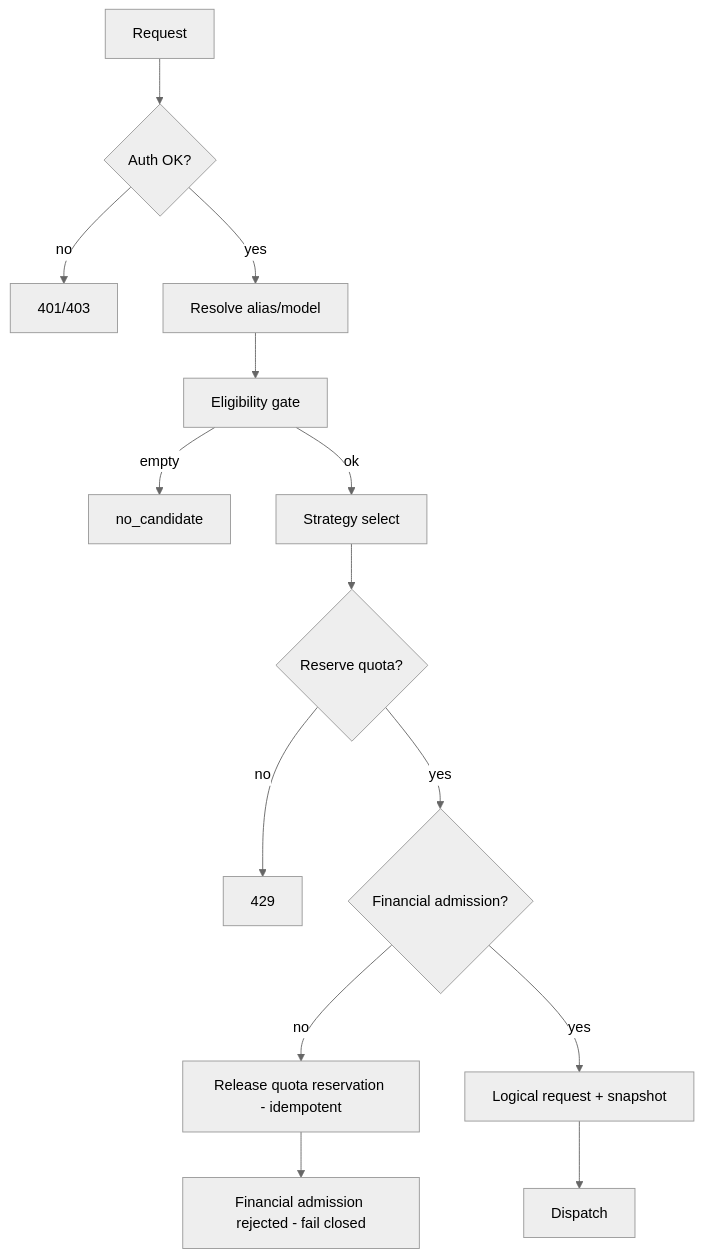
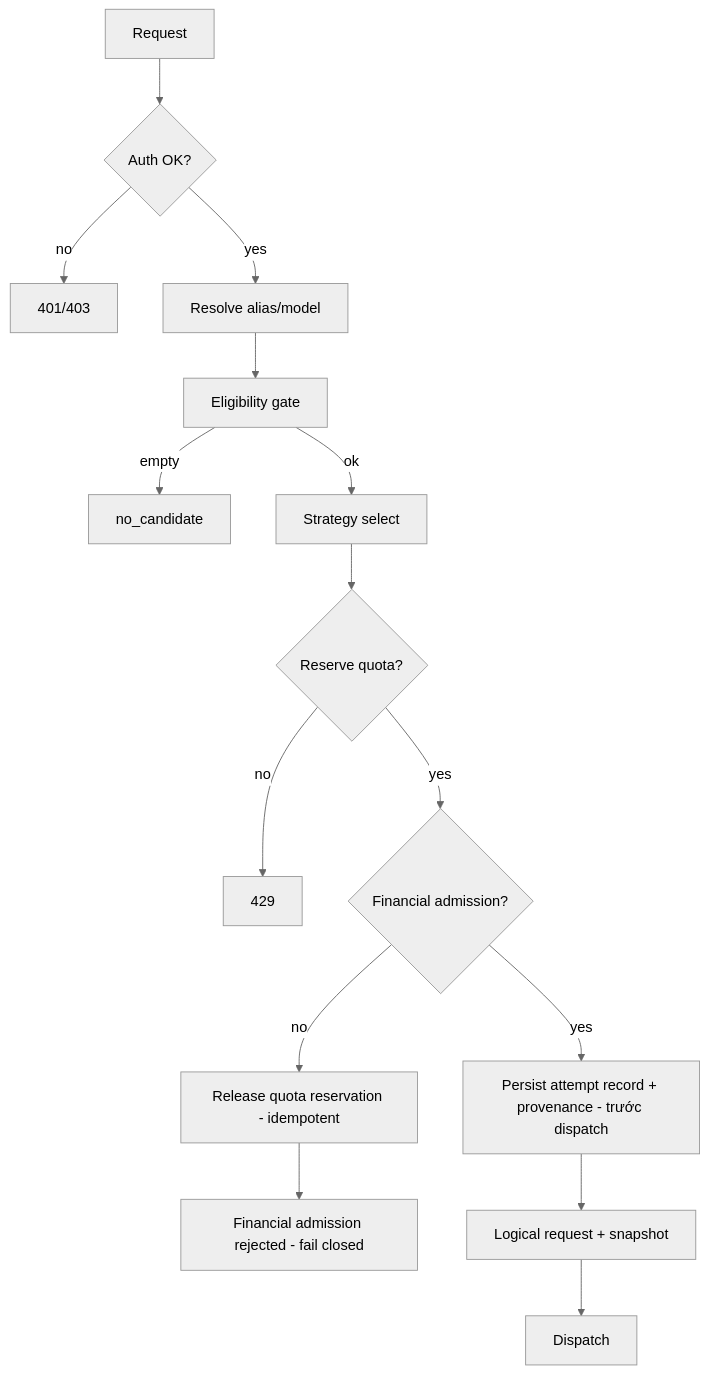
One commit to ecoma-io/ecoma changed the sixth of 7 diagrams in docs/applications/llm-api/01-architecture.md. Above: the diagram before and after it, drawn with Mermaid (neutral theme). The commit also changed other lines of this file and 3 other files, not shown here.

````diff
--- a/docs/applications/llm-api/01-architecture.md
+++ b/docs/applications/llm-api/01-architecture.md
@@ -369,16 +375,17 @@
 ```mermaid
 flowchart TD
   Start[Request] --> Auth{Auth OK?}
   Auth -- no --> R401[401/403]
   Auth -- yes --> Resolve[Resolve alias/model]
   Resolve --> Elig[Eligibility gate]
   Elig -- empty --> NoCand[no_candidate]
   Elig -- ok --> Strat[Strategy select]
   Strat --> Reserve{Reserve quota?}
   Reserve -- no --> R429[429]
   Reserve -- yes --> FA{Financial admission?}
   FA -- no --> RQ[Release quota reservation - idempotent]
   RQ --> R402[Financial admission rejected - fail closed]
-  FA -- yes --> LR[Logical request + snapshot]
+  FA -- yes --> AR[Persist attempt record + provenance - trước dispatch]
+  AR --> LR[Logical request + snapshot]
   LR --> Dispatch[Dispatch]
 ```
````
